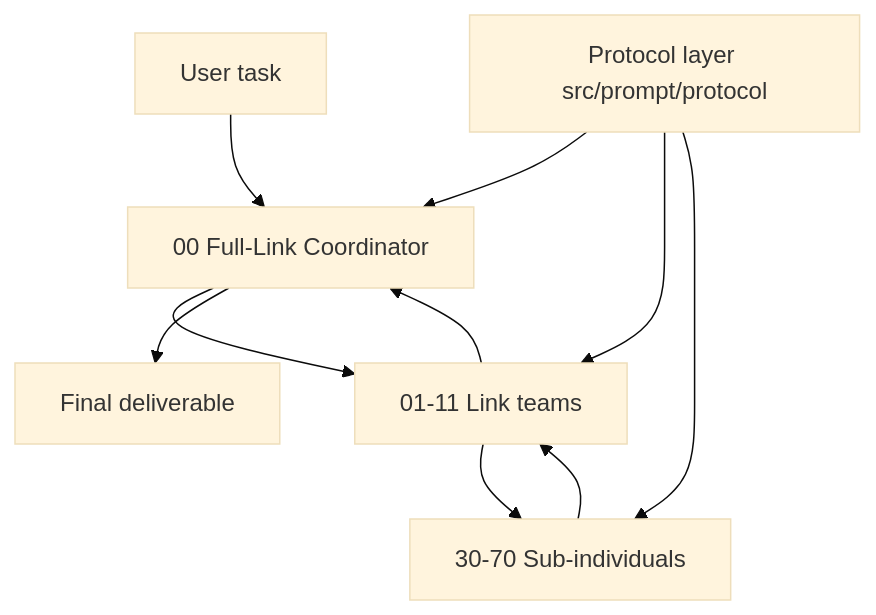
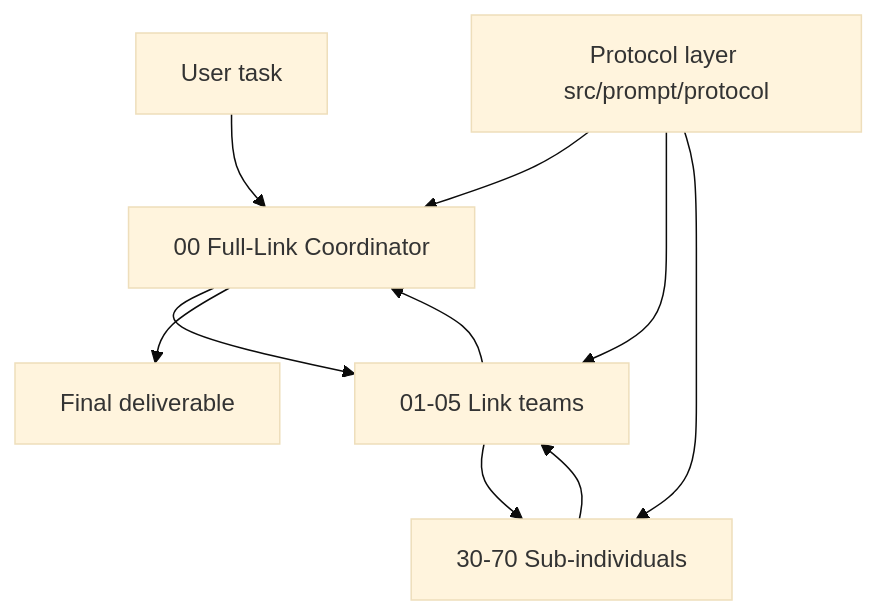
One commit to KurohaneKaoruko/ExMachina-Agents changed the diagram in README-en.md. Above: the diagram before and after it, drawn with Mermaid (base theme). The commit also changed other lines of this file and 339 other files, not shown here.

````diff
--- a/README-en.md
+++ b/README-en.md
@@ -75,14 +75,14 @@
 ```mermaid
 flowchart TD
     U["User task"] --> C["00 Full-Link Coordinator"]
-    C --> G["01-11 Link teams"]
+    C --> G["01-05 Link teams"]
     G --> A["30-70 Sub-individuals"]
     A --> G
     G --> C
     C --> O["Final deliverable"]
 
     P["Protocol layer src/prompt/protocol"]
     P --> C
     P --> G
     P --> A
 ```
````
